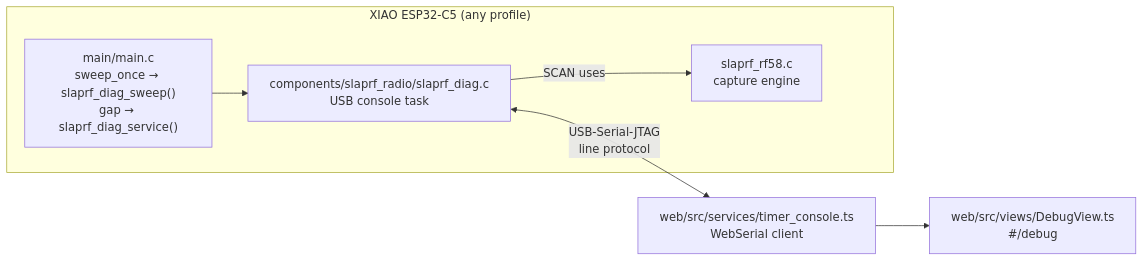
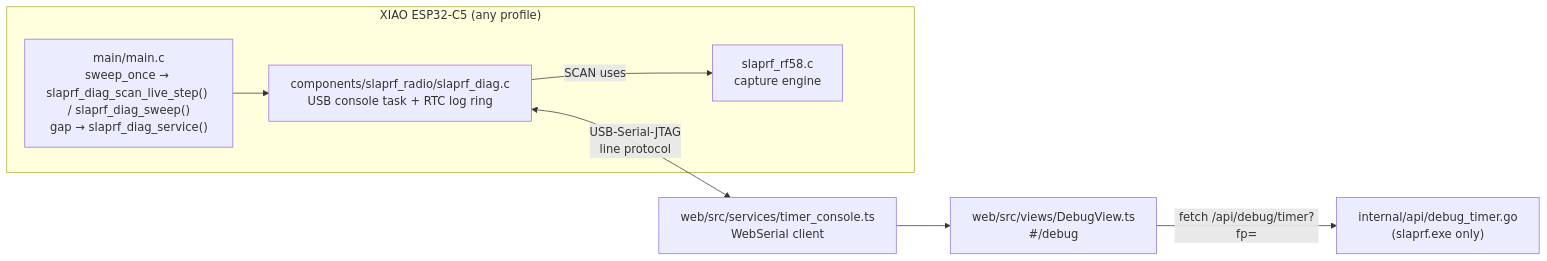
One commit to kaack/SlapRF changed the diagram in docs/DEBUG_PAGE.md. Above: the diagram before and after it, drawn with Mermaid. The commit also changed other lines of this file and 4 other files, not shown here.

First line of the commit message:
Debug console: LIVE 2 (every sweep), typical-noise floor, 10 dB hits; chart hand-off spec

````diff
--- a/docs/DEBUG_PAGE.md
+++ b/docs/DEBUG_PAGE.md
@@ -12,12 +18,13 @@
 ```mermaid
 flowchart LR
   subgraph Timer["XIAO ESP32-C5 (any profile)"]
-    MAIN["main/main.c<br/>sweep_once → slaprf_diag_sweep()<br/>gap → slaprf_diag_service()"]
-    DIAG["components/slaprf_radio/slaprf_diag.c<br/>USB console task"]
+    MAIN["main/main.c<br/>sweep_once → slaprf_diag_scan_live_step() / slaprf_diag_sweep()<br/>gap → slaprf_diag_service()"]
+    DIAG["components/slaprf_radio/slaprf_diag.c<br/>USB console task + RTC log ring"]
     RF["slaprf_rf58.c<br/>capture engine"]
     MAIN --> DIAG
     DIAG -- "SCAN uses" --> RF
   end
   DIAG <-- "USB-Serial-JTAG<br/>line protocol" --> TC["web/src/services/timer_console.ts<br/>WebSerial client"]
   TC --> DV["web/src/views/DebugView.ts<br/>#/debug"]
+  DV -- "fetch /api/debug/timer?fp=" --> SRV["internal/api/debug_timer.go<br/>(slaprf.exe only)"]
 ```
````
